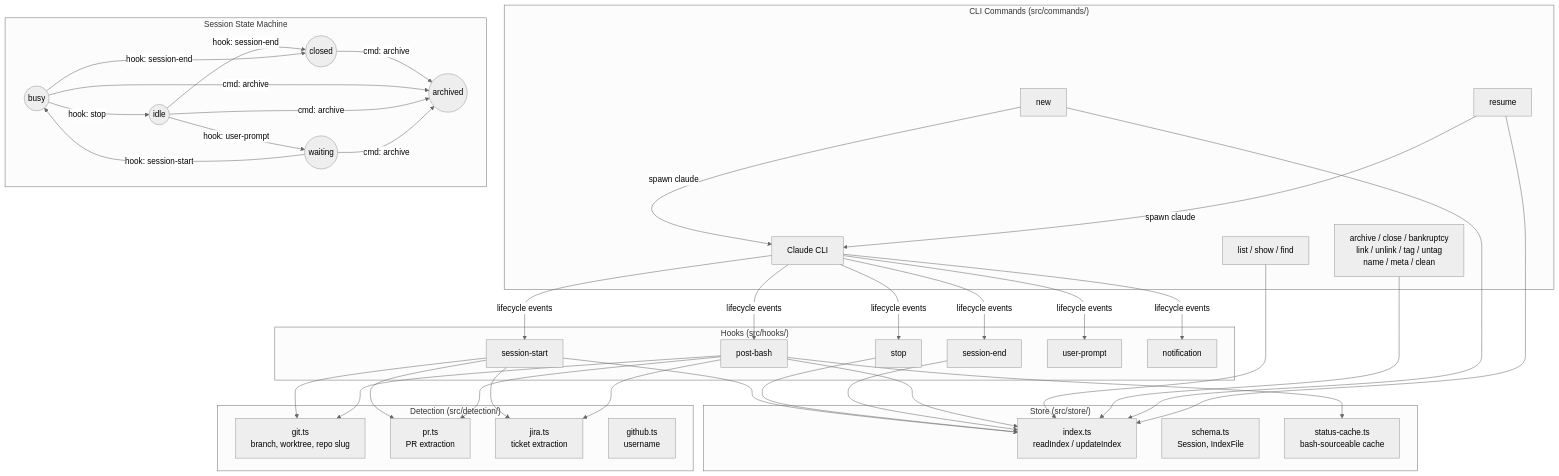
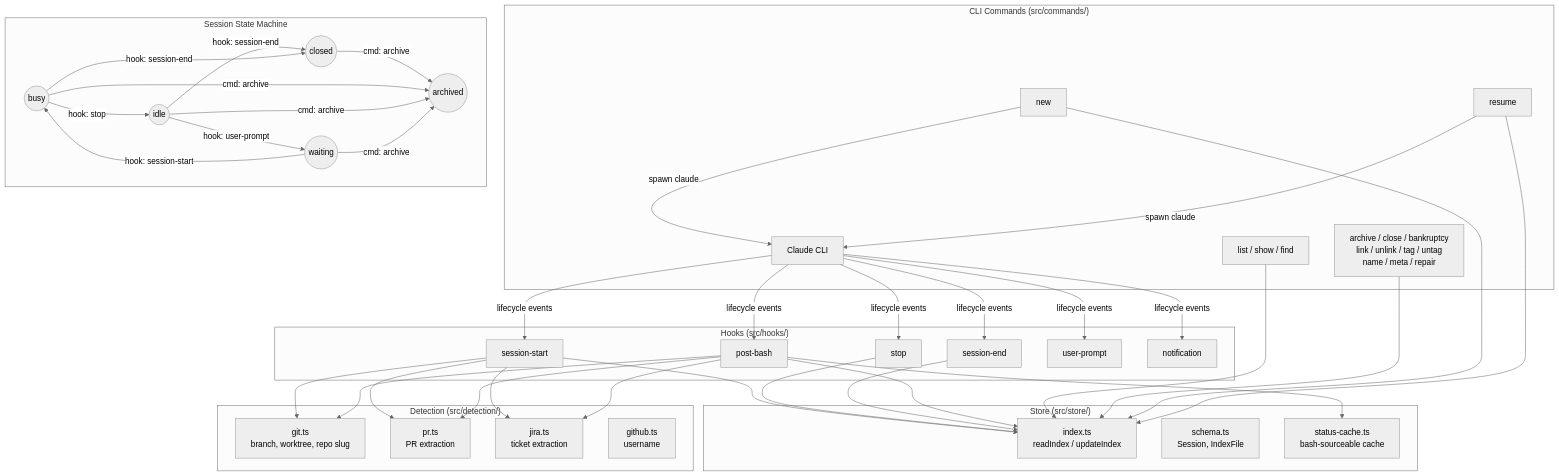
Before and after one commit to echo-bravo-yahoo/c: the diagram in CLAUDE.md, drawn with Mermaid (neutral theme). The commit also changed other lines of this file and 2 other files, not shown here.

Commit message:
Rename clean to repair in docs, completion, and test classification

````diff
--- a/CLAUDE.md
+++ b/CLAUDE.md
@@ -10,51 +10,51 @@
 ```mermaid
 graph TD
     subgraph "CLI Commands (src/commands/)"
         NEW[new] --> |spawn claude| CLAUDE[Claude CLI]
         RESUME[resume] --> |spawn claude| CLAUDE
         LIST[list / show / find]
-        MUTATE[archive / close / bankruptcy<br>link / unlink / tag / untag<br>name / meta / clean]
+        MUTATE[archive / close / bankruptcy<br>link / unlink / tag / untag<br>name / meta / repair]
     end
 
     subgraph "Hooks (src/hooks/)"
         H_START[session-start]
         H_STOP[stop]
         H_END[session-end]
         H_BASH[post-bash]
         H_PROMPT[user-prompt]
         H_NOTIF[notification]
     end
 
     subgraph "Store (src/store/)"
         INDEX[index.ts<br>readIndex / updateIndex]
         SCHEMA[schema.ts<br>Session, IndexFile]
         CACHE[status-cache.ts<br>bash-sourceable cache]
     end
 
     subgraph "Detection (src/detection/)"
         GIT[git.ts<br>branch, worktree, repo slug]
         PR[pr.ts<br>PR extraction]
         JIRA[jira.ts<br>ticket extraction]
         GH[github.ts<br>username]
     end
 
     subgraph "Session State Machine"
         BUSY((busy)) --> |hook: stop| IDLE((idle))
         IDLE --> |hook: user-prompt| WAITING((waiting))
         WAITING --> |hook: session-start| BUSY
         IDLE --> |hook: session-end| CLOSED((closed))
         BUSY --> |hook: session-end| CLOSED
         CLOSED --> |cmd: archive| ARCHIVED((archived))
         BUSY --> |cmd: archive| ARCHIVED
         IDLE --> |cmd: archive| ARCHIVED
         WAITING --> |cmd: archive| ARCHIVED
     end
 
     CLAUDE --> |lifecycle events| H_START & H_STOP & H_END & H_BASH & H_PROMPT & H_NOTIF
     H_START & H_STOP & H_END & H_BASH --> INDEX
     H_START & H_BASH --> GIT & PR & JIRA
     H_BASH --> CACHE
     LIST --> INDEX
     MUTATE --> INDEX
     NEW & RESUME --> INDEX
 ```
````
